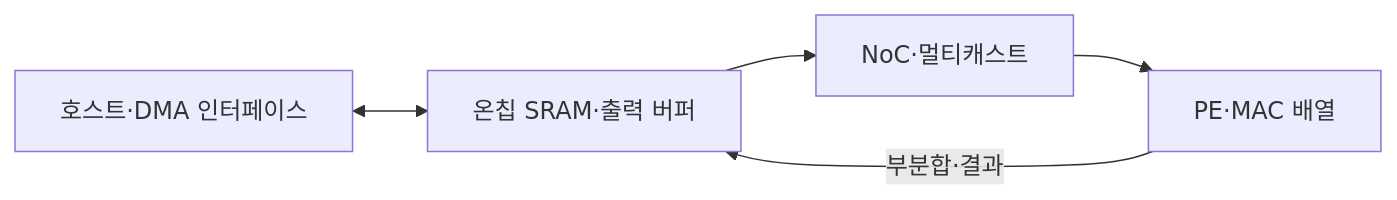
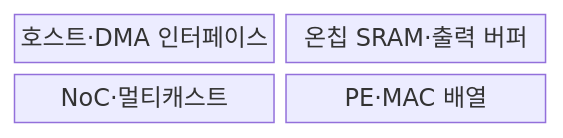
Before and after one commit to agnusdei1207/knowledge-base: the first of 2 diagrams in src/content/docs/notes/02-hardware/040_asic_ai_acceleration.md, drawn with Mermaid. The commit also changed other lines of this file and 20 other files, not shown here.

````diff
--- a/src/content/docs/notes/02-hardware/040_asic_ai_acceleration.md
+++ b/src/content/docs/notes/02-hardware/040_asic_ai_acceleration.md
@@ -74,7 +72,8 @@
 ```mermaid
-flowchart LR
-    H[호스트·DMA 인터페이스] <--> S[온칩 SRAM·출력 버퍼]
-    S --> N[NoC·멀티캐스트]
-    N --> P[PE·MAC 배열]
-    P -->|부분합·결과| S
+block
+    columns 2
+    H["호스트·DMA 인터페이스"]
+    S["온칩 SRAM·출력 버퍼"]
+    N["NoC·멀티캐스트"]
+    P["PE·MAC 배열"]
 ```
````
